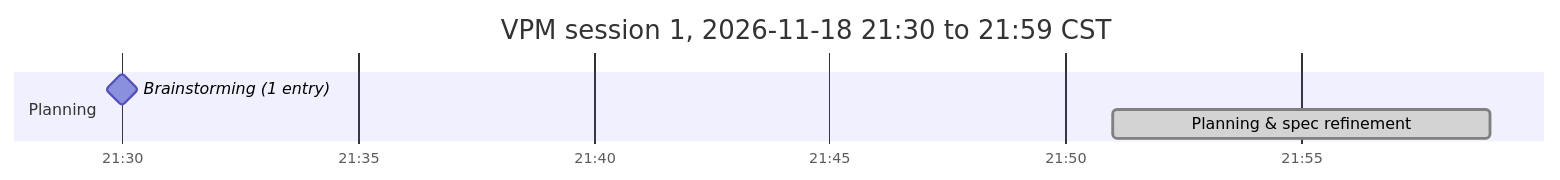
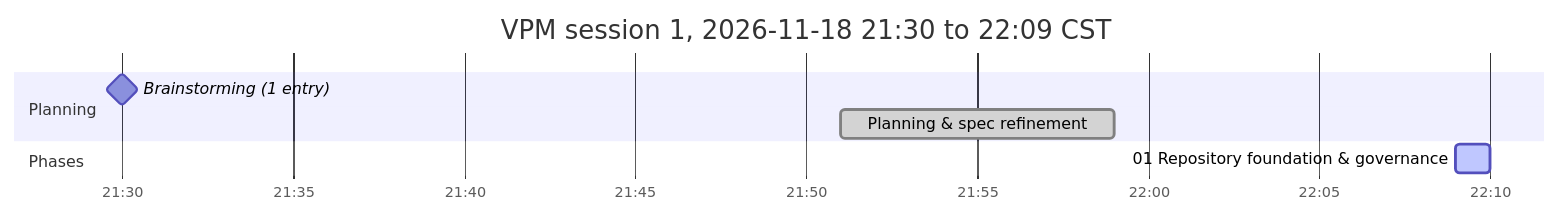
One commit to antonizick/VPNMonitor changed the diagram in VPM_IMPLEMENTATION_PLAN.md. Above: the diagram before and after it, drawn with Mermaid. The commit also changed other lines of this file and 1 other file, not shown here.

Commit message:
docs(plan): refresh timeline

````diff
--- a/VPM_IMPLEMENTATION_PLAN.md
+++ b/VPM_IMPLEMENTATION_PLAN.md
@@ -52,9 +52,11 @@
 ```mermaid
 gantt
-    title VPM session 1, 2026-11-18 21:30 to 21:59 CST
+    title VPM session 1, 2026-11-18 21:30 to 22:09 CST
     dateFormat YYYY-MM-DD HH:mm
     axisFormat %H:%M
     section Planning
     Brainstorming (1 entry) :milestone, bs1, 2026-11-18 21:30, 0m
     Planning & spec refinement :done, p00, 2026-11-18 21:51, 2026-11-18 21:59
+    section Phases
+    01 Repository foundation & governance :active, p01s1, 2026-11-18 22:09, 2026-11-18 22:10
 ```
````
